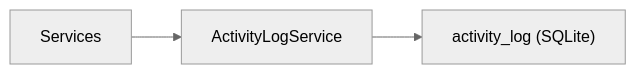
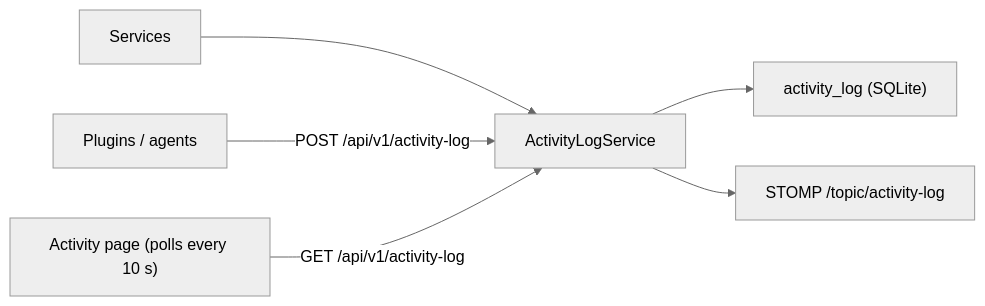
Before and after one commit to FLSEST/MySuricates: the second of 2 diagrams in docs/en/logging-monitoring-diagrams.md, drawn with Mermaid (neutral theme). The commit also changed other lines of this file and 4 other files, not shown here.

First line of the commit message:
docs(diagramme): Logging page names categories, health status and rate-limit defaults like the code

````diff
--- a/docs/en/logging-monitoring-diagrams.md
+++ b/docs/en/logging-monitoring-diagrams.md
@@ -26,5 +28,8 @@
 ```mermaid
 flowchart LR
     SVC["Services"] --> ALS["ActivityLogService"]
+    PLG["Plugins / agents"] -->|"POST /api/v1/activity-log"| ALS
     ALS --> DB["activity_log (SQLite)"]
+    ALS --> TOP["STOMP /topic/activity-log"]
+    UI["Activity page (polls every 10 s)"] -->|"GET /api/v1/activity-log"| ALS
 ```
````
